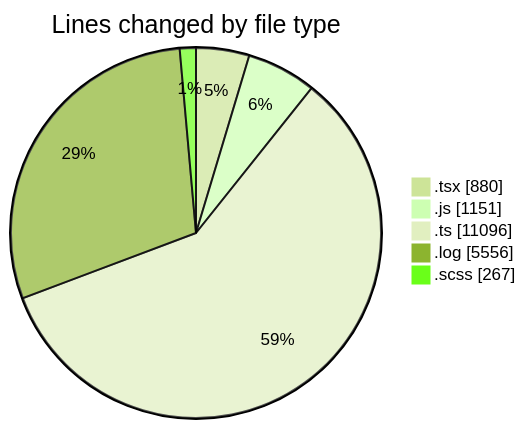
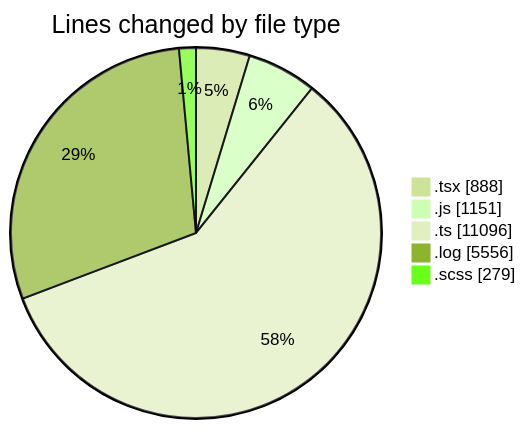
Before and after one commit to momahboobian/code-tracking: the first of 2 diagrams in 2026-04-09/cda/README.md, drawn with Mermaid (forest theme). The commit also changed other lines of this file and 1 other file, not shown here.

````diff
--- a/2026-04-09/cda/README.md
+++ b/2026-04-09/cda/README.md
@@ -31,9 +31,9 @@
 ```mermaid
 pie showData
 title Lines changed by file type
-".tsx" : 880
+".tsx" : 888
 ".js" : 1151
 ".ts" : 11096
 ".log" : 5556
-".scss" : 267
+".scss" : 279
 ```
````
